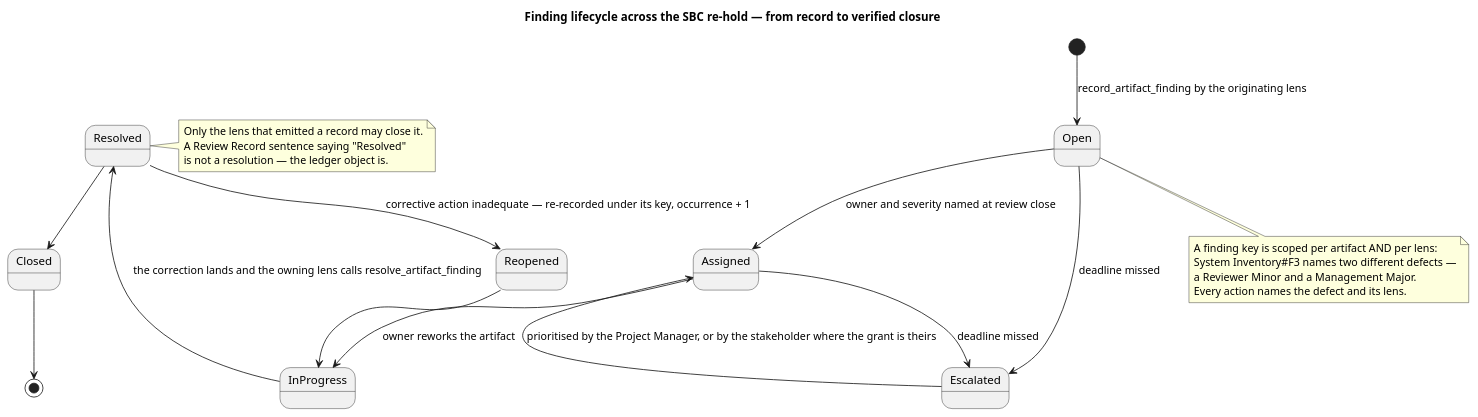
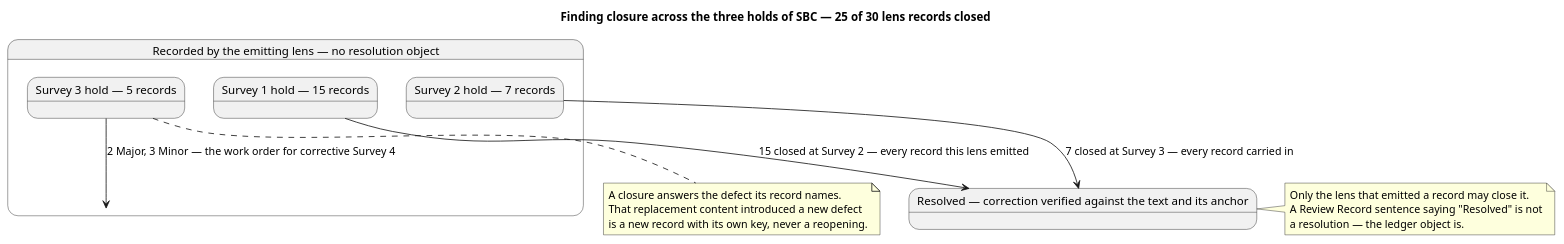
Before and after one commit to banense-test/TodoApp: the sixth of 12 diagrams in docs/artifacts/project-management/review-record.md, drawn with PlantUML. The commit also changed other lines of this file, not shown here.

First line of the commit message:
Review Coordinator [Survey3]: upsert Review Record

````diff
--- a/docs/artifacts/project-management/review-record.md
+++ b/docs/artifacts/project-management/review-record.md
@@ -753,30 +753,30 @@
 ```plantuml
 @startuml
-title Finding lifecycle across the SBC re-hold — from record to verified closure
+title Finding closure across the three holds of SBC — 25 of 30 lens records closed
 skinparam shadowing false
 
-[*] --> Open : record_artifact_finding by the originating lens
-Open --> Assigned : owner and severity named at review close
-Assigned --> InProgress : owner reworks the artifact
-InProgress --> Resolved : the correction lands and the owning lens calls resolve_artifact_finding
-Resolved --> Reopened : corrective action inadequate — re-recorded under its key, occurrence + 1
-Reopened --> InProgress
-Resolved --> Closed
-Open --> Escalated : deadline missed
-Assigned --> Escalated : deadline missed
-Escalated --> Assigned : prioritised by the Project Manager, or by the stakeholder where the grant is theirs
-Closed --> [*]
+state "Recorded by the emitting lens — no resolution object" as OPEN
+state "Resolved — correction verified against the text and its anchor" as RES
 
-note right of Resolved
+state OPEN {
+  state "Survey 1 hold — 15 records" as H1
+  state "Survey 2 hold — 7 records" as H2
+  state "Survey 3 hold — 5 records" as H3
+}
+
+H1 --> RES : 15 closed at Survey 2 — every record this lens emitted
+H2 --> RES : 7 closed at Survey 3 — every record carried in
+H3 --> OPEN : 2 Major, 3 Minor — the work order for corrective Survey 4
+
+note right of RES
   Only the lens that emitted a record may close it.
-  A Review Record sentence saying "Resolved"
-  is not a resolution — the ledger object is.
+  A Review Record sentence saying "Resolved" is not
+  a resolution — the ledger object is.
 end note
-note bottom of Open
-  A finding key is scoped per artifact AND per lens:
-  System Inventory#F3 names two different defects —
-  a Reviewer Minor and a Management Major.
-  Every action names the defect and its lens.
+note bottom of H3
+  A closure answers the defect its record names.
+  That replacement content introduced a new defect
+  is a new record with its own key, never a reopening.
 end note
 @enduml
 ```
````
